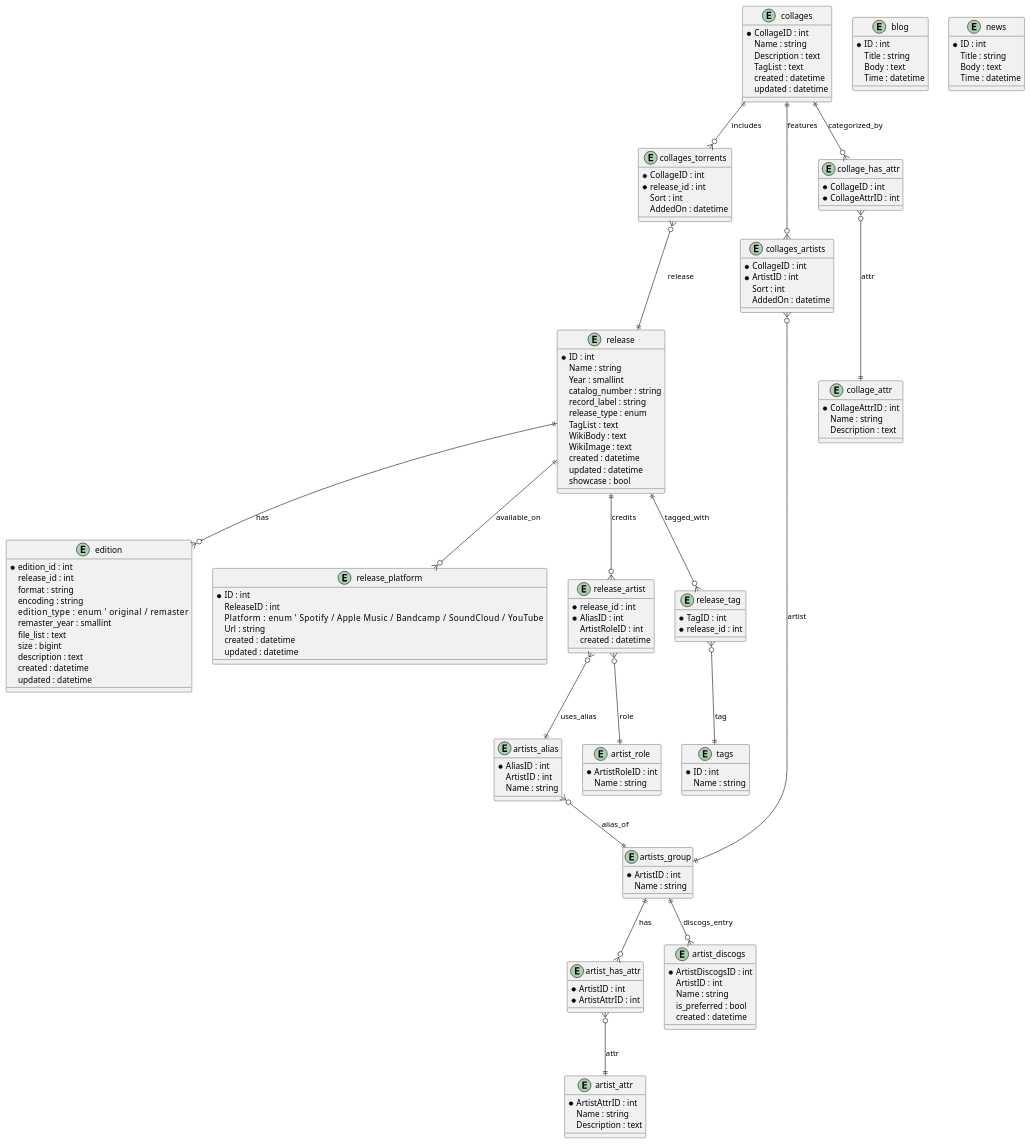
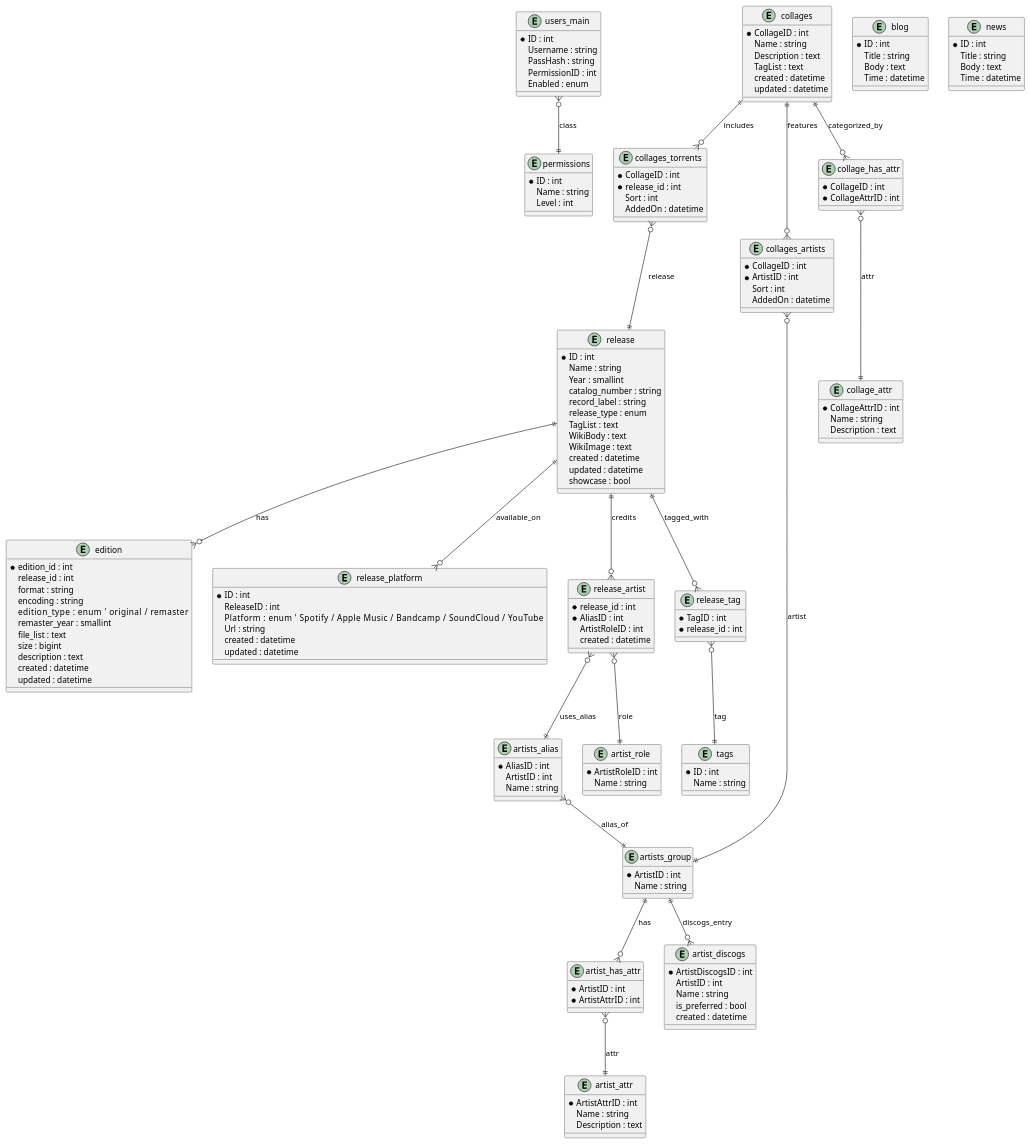
Before and after one commit to Walrus94/DotM: the diagram in docs/plantuml/target.puml, drawn with PlantUML. The commit also changed 1 other file, not shown here.

Commit message:
Allow multiple administrator accounts

```diff
--- a/docs/plantuml/target.puml
+++ b/docs/plantuml/target.puml
@@ -1,160 +1,176 @@
 @startuml
-' Admin-only configuration: user tables are intentionally omitted
+' Admin-only configuration: only administrator accounts are stored
+entity "users_main" as Admin {
+  *ID : int
+  Username : string
+  PassHash : string
+  PermissionID : int
+  Enabled : enum
+}
+
+entity "permissions" as Permission {
+  *ID : int
+  Name : string
+  Level : int
+}
+
+Admin }o--|| Permission : class
+
 entity "release" as Release {
   *ID : int
   Name : string
   Year : smallint
   catalog_number : string
   record_label : string
   release_type : enum
   TagList : text
   WikiBody : text
   WikiImage : text
   created : datetime
   updated : datetime
   showcase : bool
 }
 
 entity "edition" as Edition {
   *edition_id : int
   release_id : int
   format : string
   encoding : string
   edition_type : enum        ' original / remaster
   remaster_year : smallint
   file_list : text
   size : bigint
   description : text
   created : datetime
   updated : datetime
 }
 
 entity "release_platform" as ReleasePlatform {
   *ID : int
   ReleaseID : int
   Platform : enum            ' Spotify / Apple Music / Bandcamp / SoundCloud / YouTube
   Url : string
   created : datetime
   updated : datetime
 }
 
 entity "artists_group" as Artist {
   *ArtistID : int
   Name : string
 }
 
 entity "artists_alias" as ArtistAlias {
   *AliasID : int
   ArtistID : int
   Name : string
 }
 
 entity "release_artist" as ReleaseArtist {
   *release_id : int
   *AliasID : int
   ArtistRoleID : int
   created : datetime
 }
 
 entity "artist_role" as ArtistRole {
   *ArtistRoleID : int
   Name : string
 }
 
 entity "artist_attr" as ArtistAttr {
   *ArtistAttrID : int
   Name : string
   Description : text
 }
 
 entity "artist_has_attr" as ArtistHasAttr {
   *ArtistID : int
   *ArtistAttrID : int
 }
 
 entity "tags" as Tag {
   *ID : int
   Name : string
 }
 
 entity "release_tag" as ReleaseTag {
   *TagID : int
   *release_id : int
 }
 
 Release ||--o{ Edition : has
 Release ||--o{ ReleasePlatform : available_on
 Release ||--o{ ReleaseArtist : credits
 Release ||--o{ ReleaseTag : tagged_with
 ReleaseArtist }o--|| ArtistAlias : uses_alias
 ReleaseArtist }o--|| ArtistRole : role
 ArtistAlias }o--|| Artist : alias_of
 Artist ||--o{ ArtistHasAttr : has
 ArtistHasAttr }o--|| ArtistAttr : attr
 ReleaseTag }o--|| Tag : tag
 
 entity "collages" as Collage {
   *CollageID : int
   Name : string
   Description : text
   TagList : text
   created : datetime
   updated : datetime
 }
 
 entity "collages_torrents" as CollageRelease {
   *CollageID : int
   *release_id : int
   Sort : int
   AddedOn : datetime
 }
 
 entity "collages_artists" as CollageArtist {
   *CollageID : int
   *ArtistID : int
   Sort : int
   AddedOn : datetime
 }
 
 entity "collage_attr" as CollageAttr {
   *CollageAttrID : int
   Name : string
   Description : text
 }
 
 entity "collage_has_attr" as CollageHasAttr {
   *CollageID : int
   *CollageAttrID : int
 }
 
 Collage ||--o{ CollageRelease : includes
 CollageRelease }o--|| Release : release
 Collage ||--o{ CollageArtist : features
 CollageArtist }o--|| Artist : artist
 Collage ||--o{ CollageHasAttr : categorized_by
 CollageHasAttr }o--|| CollageAttr : attr
 
 entity "artist_discogs" as ArtistDiscogs {
   *ArtistDiscogsID : int
   ArtistID : int
   Name : string
   is_preferred : bool
   created : datetime
 }
 
 Artist ||--o{ ArtistDiscogs : discogs_entry
 
 entity "blog" as Blog {
   *ID : int
   Title : string
   Body : text
   Time : datetime
 }
 
 entity "news" as News {
   *ID : int
   Title : string
   Body : text
   Time : datetime
 }
 @enduml
```
